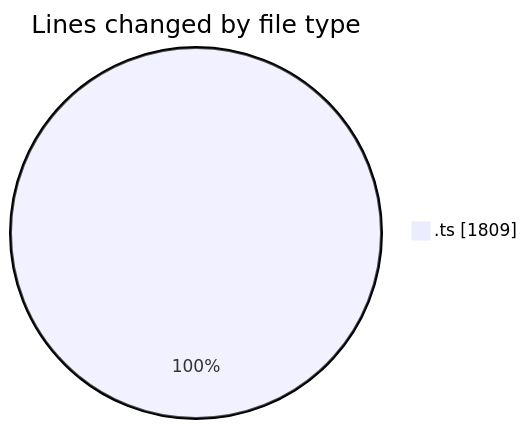
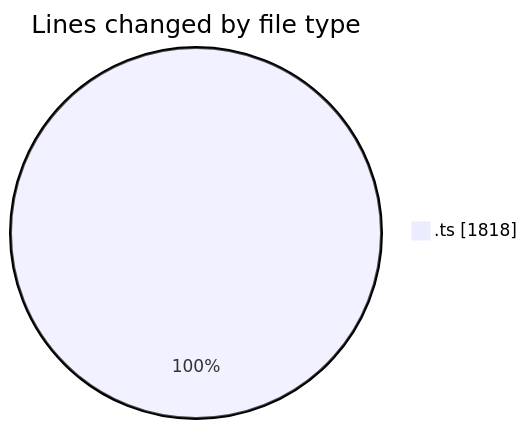
The first of 2 diagrams in 2026-03-13/nxtqube_webapp/README.md (nxtqubesakshisongat/code-tracking), drawn with Mermaid before and after one commit. The commit also changed other lines of this file and 1 other file, not shown here.

````diff
--- a/2026-03-13/nxtqube_webapp/README.md
+++ b/2026-03-13/nxtqube_webapp/README.md
@@ -20,5 +20,5 @@
 ```mermaid
 pie showData
 title Lines changed by file type
-".ts" : 1809
+".ts" : 1818
 ```
````
